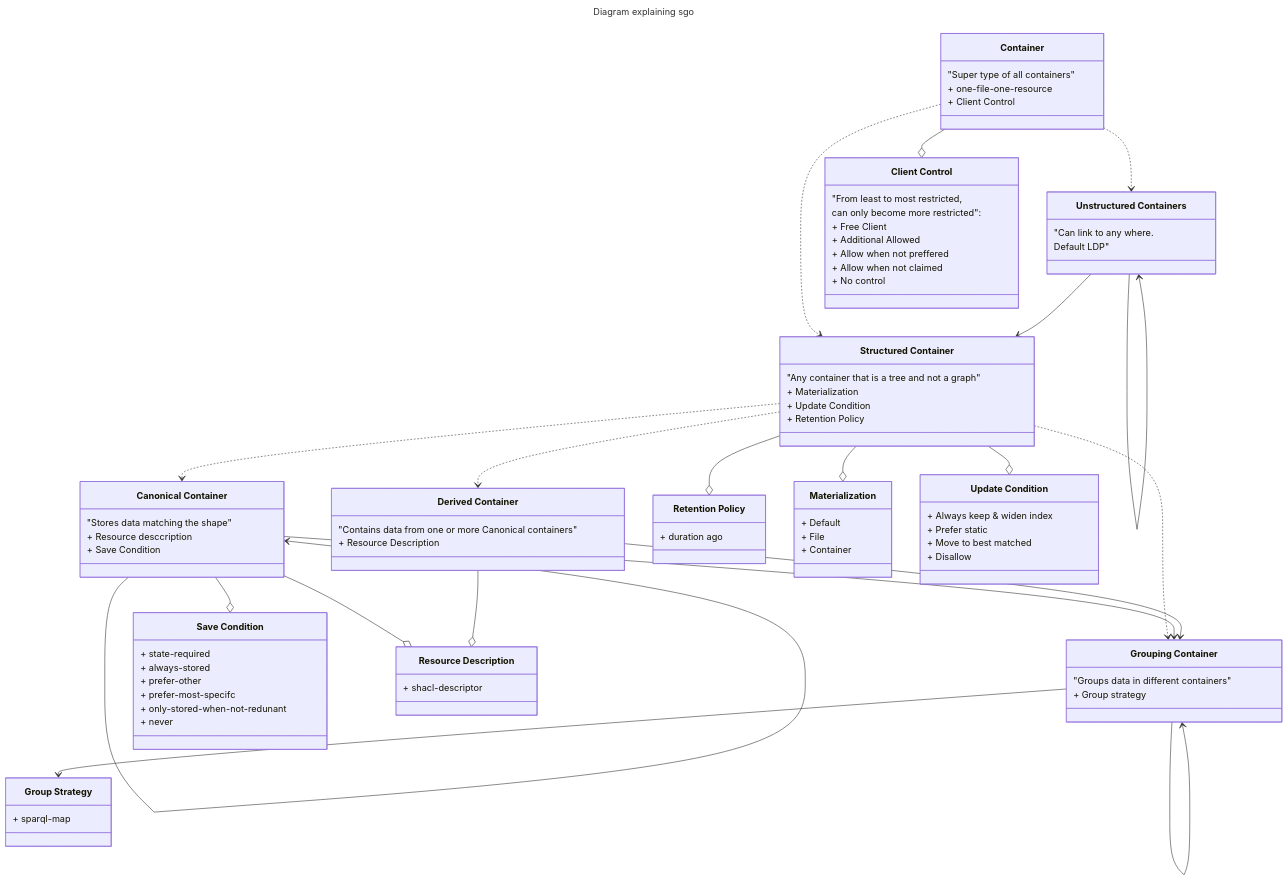
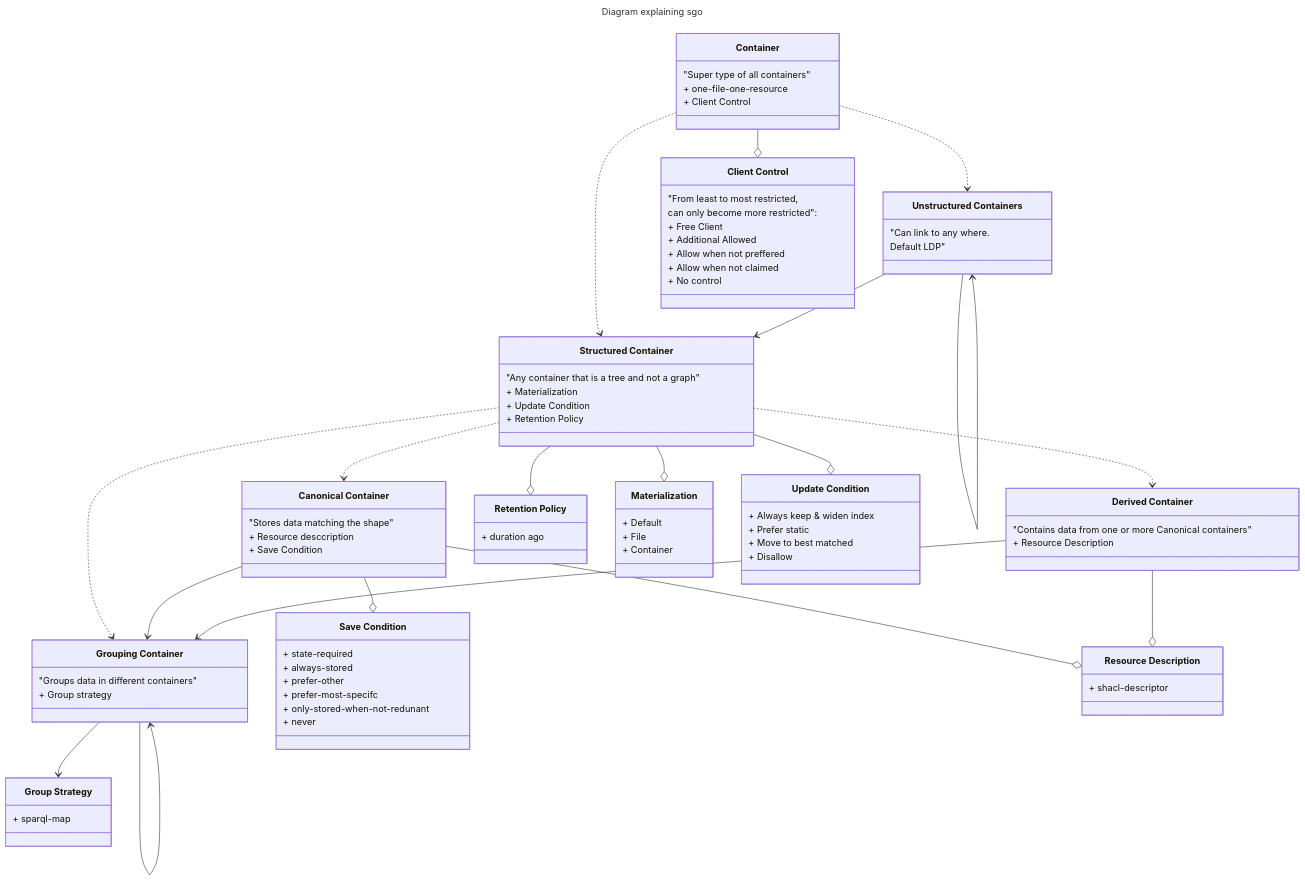
Before and after one commit to jitsedesmet/thesis: the second of 2 diagrams in solution/storage-guidance-ontology/index.md, drawn with Mermaid.

```diff
--- a/solution/storage-guidance-ontology/index.md
+++ b/solution/storage-guidance-ontology/index.md
@@ -78,8 +78,7 @@
     + Update Condition
     + Retention Policy
   }
-
-  CC --> CC
+ 
   CC --> GC
   class CC["Canonical Container"] {
     "Stores data matching the shape"
```
